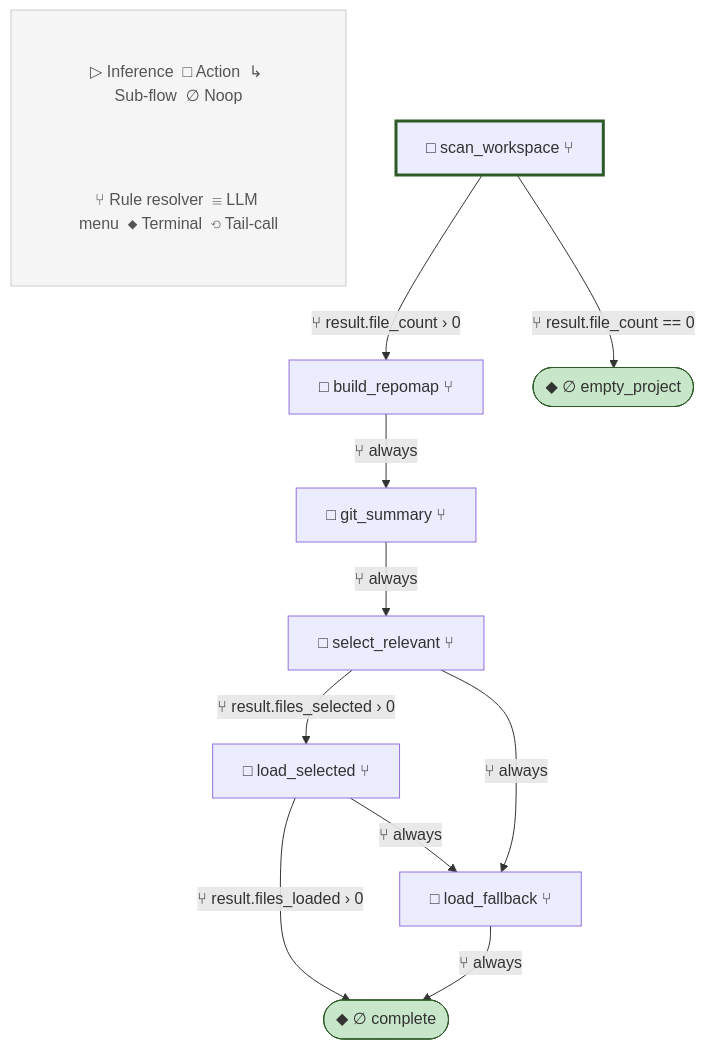
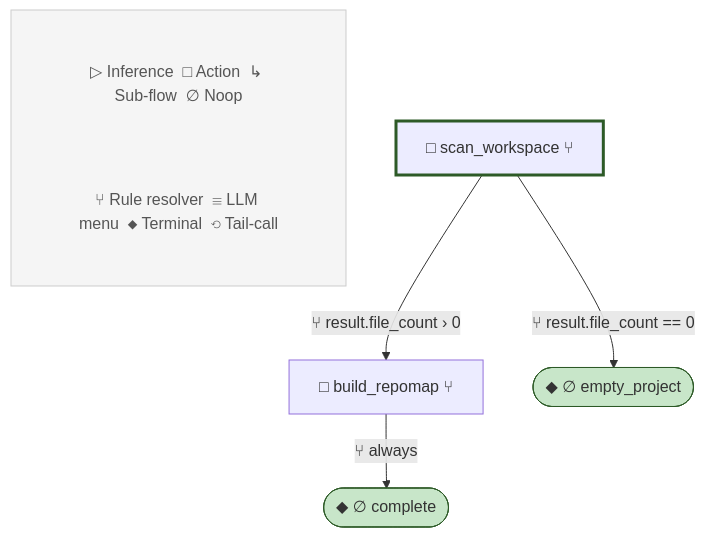
Before and after one commit to lah-rb/ouroboros: diagram 12 of 17 in blueprint.md, drawn with Mermaid. The commit also changed other lines of this file and 355 other files, not shown here.

````diff
--- a/blueprint.md
+++ b/blueprint.md
@@ -1112,36 +966,26 @@
 ```mermaid
 flowchart TD
-    %% prepare_context v3
+    %% prepare_context v4
 
     subgraph Legend[" "]
         L1["▷ Inference  □ Action  ↳ Sub-flow  ∅ Noop"]
         L2["⑂ Rule resolver  ☰ LLM menu  ◆ Terminal  ⟲ Tail-call"]
     end
     style Legend fill:#f5f5f5,stroke:#ccc,stroke-width:1px
     style L1 fill:#f5f5f5,stroke:none,color:#555
     style L2 fill:#f5f5f5,stroke:none,color:#555
 
     scan_workspace["□ scan_workspace ⑂"]
     build_repomap["□ build_repomap ⑂"]
-    git_summary["□ git_summary ⑂"]
-    select_relevant["□ select_relevant ⑂"]
-    load_selected["□ load_selected ⑂"]
-    load_fallback["□ load_fallback ⑂"]
     empty_project(["◆ ∅ empty_project"])
     complete(["◆ ∅ complete"])
 
     style scan_workspace stroke-width:3px,stroke:#2d5a27
 
     scan_workspace -->|⑂ result.file_count › 0| build_repomap
     scan_workspace -->|⑂ result.file_count == 0| empty_project
-    build_repomap -->|⑂ always| git_summary
-    git_summary -->|⑂ always| select_relevant
-    select_relevant -->|⑂ result.files_selected › 0| load_selected
-    select_relevant -->|⑂ always| load_fallback
-    load_selected -->|⑂ result.files_loaded › 0| complete
-    load_selected -->|⑂ always| load_fallback
-    load_fallback -->|⑂ always| complete
+    build_repomap -->|⑂ always| complete
 
     style empty_project fill:#c8e6c9,stroke:#2d5a27
     style complete fill:#c8e6c9,stroke:#2d5a27
 ```
````
